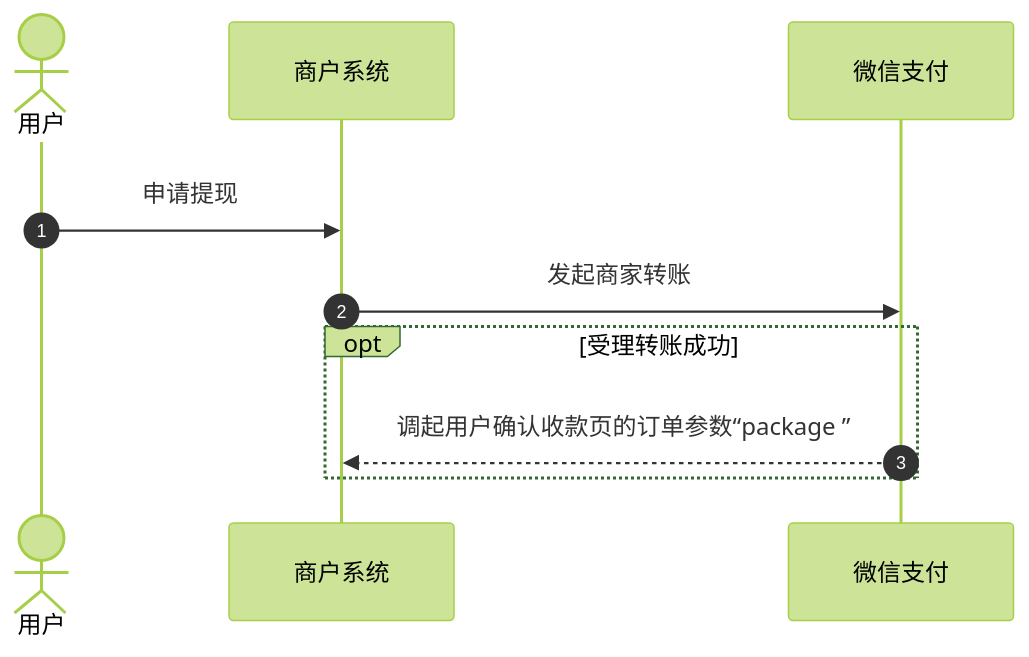
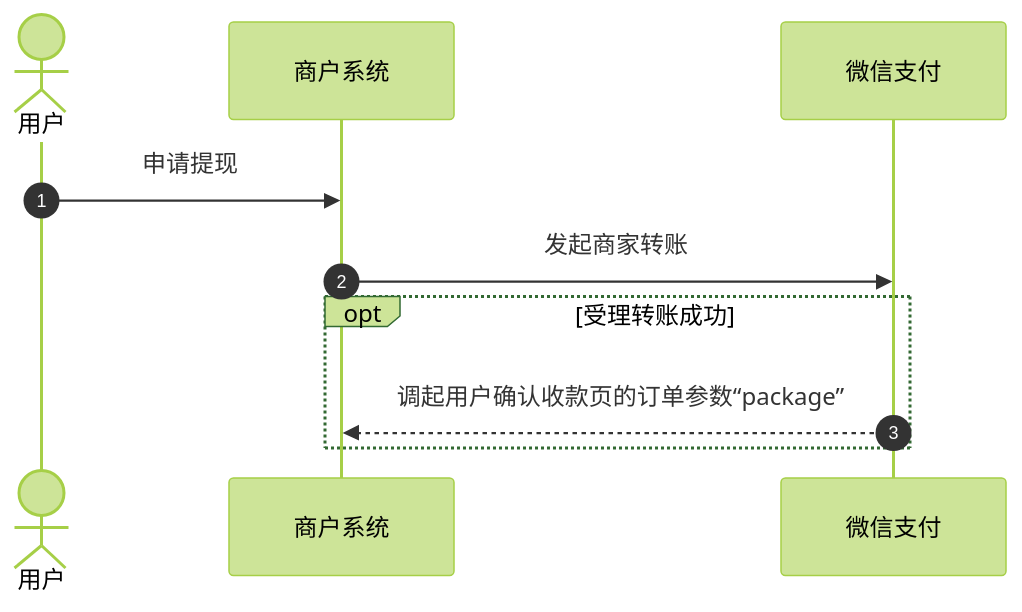
The second of 9 diagrams in docs/merchant/pages/4012715211.md (minibear2021/wechatpay_docs), drawn with Mermaid (forest theme) before and after one commit. The commit also changed other lines of this file and 46 other files, not shown here.

````diff
--- a/docs/merchant/pages/4012715211.md
+++ b/docs/merchant/pages/4012715211.md
@@ -71,16 +85,12 @@
 ```mermaid
 sequenceDiagram
-    rect rgb(255,255,255)
-        autonumber
-        actor User as 用户
-        participant Mch as 商户系统
-        participant WxPay as 微信支付
-
-        User->>Mch: 申请提现
-        Mch->>WxPay: 发起商家转账
-
-        opt 受理转账成功
-            WxPay-->>Mch: 调起用户确认收款页的订单参数“package ”
-        end
-    end
+  autonumber
+  actor p0 as 用户
+  participant p1 as 商户系统
+  participant p2 as 微信支付
+  p0->>p1: 申请提现
+  p1->>p2: 发起商家转账
+  opt 受理转账成功
+    p2-->>p1: 调起用户确认收款页的订单参数“package”
+  end
 ```
````
